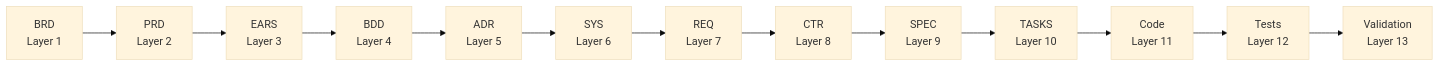
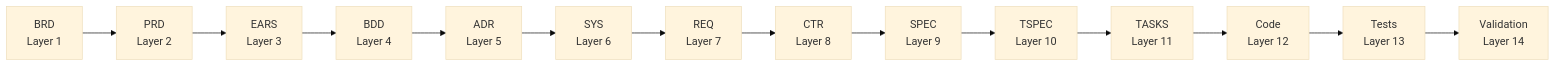
The second of 6 diagrams in ai_dev_flow/README.md (vladm3105/aidoc-flow-framework), drawn with Mermaid (base theme) before and after one commit. The commit also changed other lines of this file and 65 other files, not shown here.

````diff
--- a/ai_dev_flow/README.md
+++ b/ai_dev_flow/README.md
@@ -374,15 +374,16 @@
 ```mermaid
 flowchart LR
     BRD[BRD<br/>Layer 1] --> PRD[PRD<br/>Layer 2]
     PRD --> EARS[EARS<br/>Layer 3]
     EARS --> BDD[BDD<br/>Layer 4]
     BDD --> ADR[ADR<br/>Layer 5]
     ADR --> SYS[SYS<br/>Layer 6]
     SYS --> REQ[REQ<br/>Layer 7]
     REQ --> CTR[CTR<br/>Layer 8]
     CTR --> SPEC[SPEC<br/>Layer 9]
-    SPEC --> TASKS[TASKS<br/>Layer 10]
-    TASKS --> Code[Code<br/>Layer 11]
-    Code --> Tests[Tests<br/>Layer 12]
-    Tests --> Val[Validation<br/>Layer 13]
+    SPEC --> TSPEC[TSPEC<br/>Layer 10]
+    TSPEC --> TASKS[TASKS<br/>Layer 11]
+    TASKS --> Code[Code<br/>Layer 12]
+    Code --> Tests[Tests<br/>Layer 13]
+    Tests --> Val[Validation<br/>Layer 14]
 ```
````
